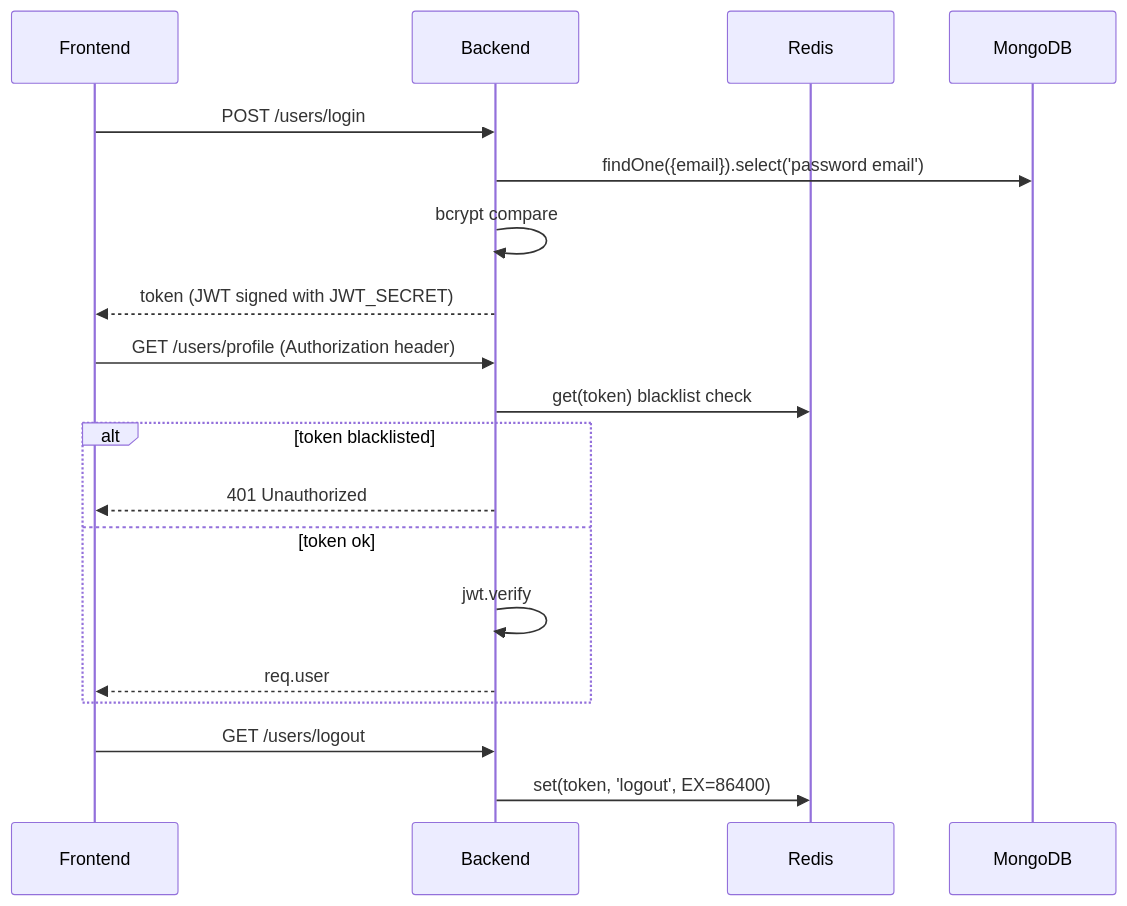
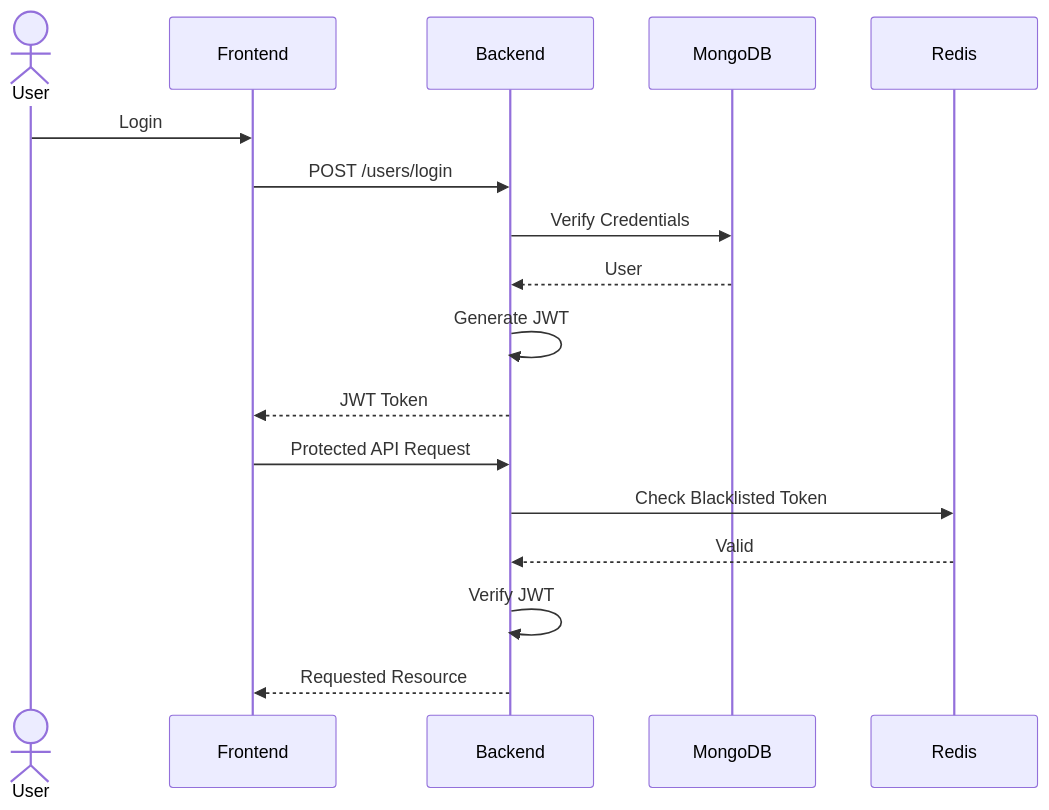
One commit to Jitendra-Kumar123/Soen--AI-Software-Engineer changed the fourth of 12 diagrams in README.md. Above: the diagram before and after it, drawn with Mermaid. The commit also changed other lines of this file, not shown here.

````diff
--- a/README.md
+++ b/README.md
@@ -407,24 +244,35 @@
 ```mermaid
 sequenceDiagram
-  participant FE as Frontend
-  participant BE as Backend
-  participant Redis as Redis
-  participant Mongo as MongoDB
 
-  FE->>BE: POST /users/login
-  BE->>Mongo: findOne({email}).select('password email')
-  BE->>BE: bcrypt compare
-  BE-->>FE: token (JWT signed with JWT_SECRET)
+actor User
 
-  FE->>BE: GET /users/profile (Authorization header)
-  BE->>Redis: get(token) blacklist check
-  alt token blacklisted
-    BE-->>FE: 401 Unauthorized
-  else token ok
-    BE->>BE: jwt.verify
-    BE-->>FE: req.user
-  end
+participant Frontend
 
-  FE->>BE: GET /users/logout
-  BE->>Redis: set(token, 'logout', EX=86400)
+participant Backend
+
+participant MongoDB
+
+participant Redis
+
+User->>Frontend: Login
+
+Frontend->>Backend: POST /users/login
+
+Backend->>MongoDB: Verify Credentials
+
+MongoDB-->>Backend: User
+
+Backend->>Backend: Generate JWT
+
+Backend-->>Frontend: JWT Token
+
+Frontend->>Backend: Protected API Request
+
+Backend->>Redis: Check Blacklisted Token
+
+Redis-->>Backend: Valid
+
+Backend->>Backend: Verify JWT
+
+Backend-->>Frontend: Requested Resource
 ```
````
